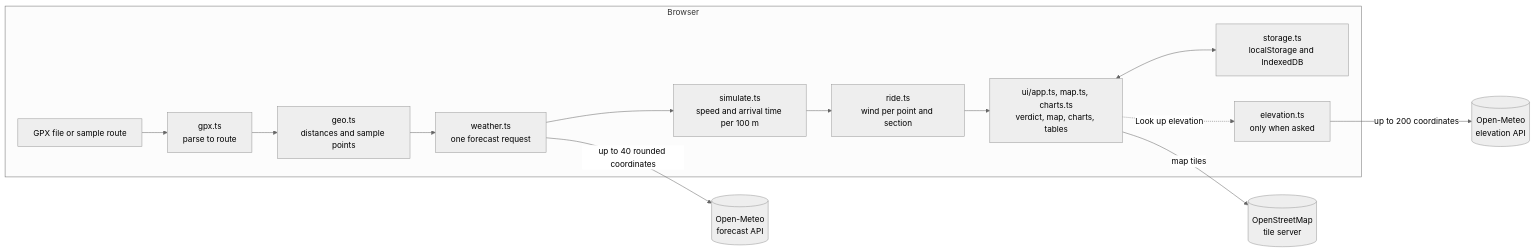
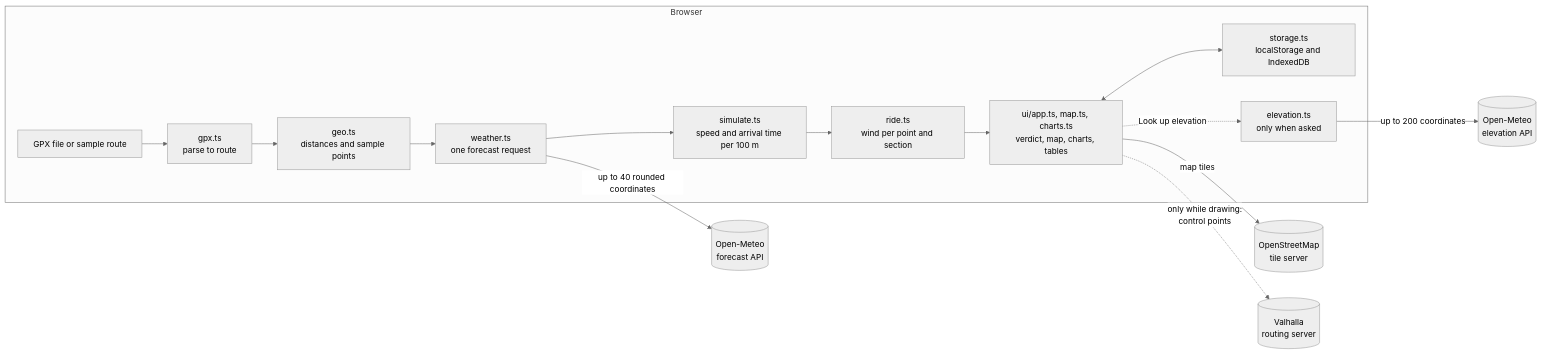
One commit to kchan1028/ridewind changed the first of 2 diagrams in docs/architecture.md. Above: the diagram before and after it, drawn with Mermaid (neutral theme). The commit also changed other lines of this file and 35 other files, not shown here.

````diff
--- a/docs/architecture.md
+++ b/docs/architecture.md
@@ -9,16 +9,17 @@
 ```mermaid
 flowchart LR
   subgraph Browser
     GPX[GPX file or sample route] --> Parse[gpx.ts<br/>parse to route]
     Parse --> Geo[geo.ts<br/>distances and sample points]
     Geo --> Weather[weather.ts<br/>one forecast request]
     Weather --> Sim[simulate.ts<br/>speed and arrival time per 100 m]
     Sim --> Plan[ride.ts<br/>wind per point and section]
     Plan --> UI[ui/app.ts, map.ts, charts.ts<br/>verdict, map, charts, tables]
     UI <--> Store[storage.ts<br/>localStorage and IndexedDB]
     UI -. "Look up elevation" .-> Elev[elevation.ts<br/>only when asked]
   end
   Weather -- "up to 40 rounded coordinates" --> OM[(Open-Meteo<br/>forecast API)]
   Elev -- "up to 200 coordinates" --> OME[(Open-Meteo<br/>elevation API)]
   UI -- "map tiles" --> OSM[(OpenStreetMap<br/>tile server)]
+  UI -. "only while drawing:<br/>control points" .-> RT[(Valhalla<br/>routing server)]
 ```
````
